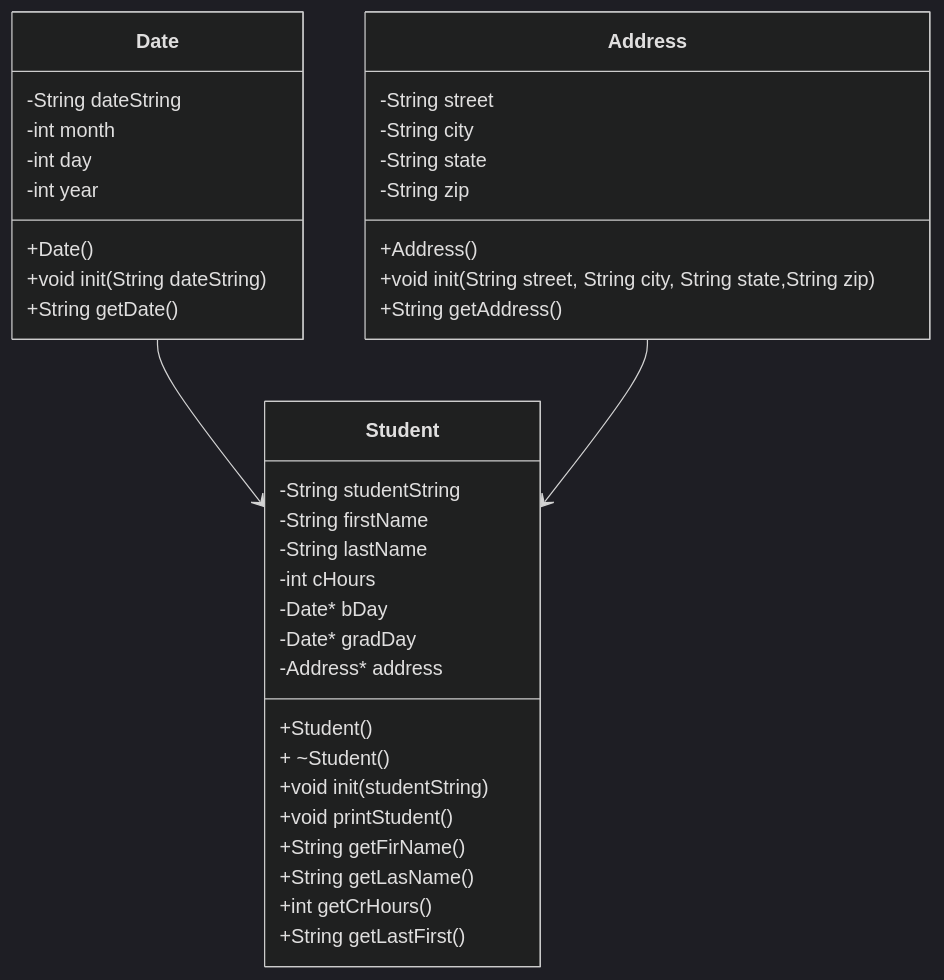
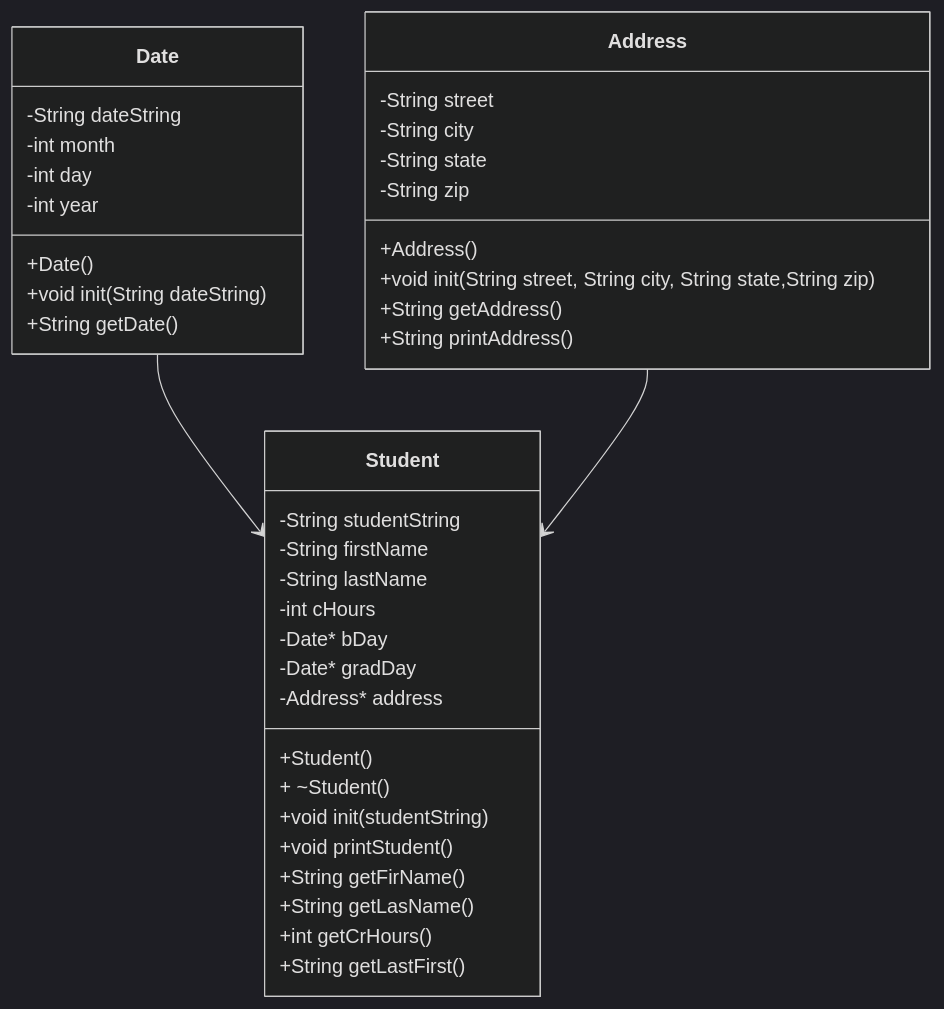
Before and after one commit to adithyaganesan-hue/CS121P7: the diagram in README.md, drawn with Mermaid (dark theme). The commit also changed 7 other files, not shown here.

````diff
--- a/README.md
+++ b/README.md
@@ -3,40 +3,41 @@
 ```mermaid
 classDiagram
     class Date{
         -String dateString
         -int month
         -int day
         -int year
         +Date()
         +void init(String dateString)
         +String getDate()
     }
     class Address{
         -String street
         -String city
         -String state
         -String zip
         +Address()
         +void init(String street, String city, String state,String zip)
         +String getAddress()
+        +String printAddress()
     }
     class Student{
         -String studentString
         -String firstName
         -String lastName
         -int cHours
         -Date* bDay
         -Date* gradDay
         -Address* address
         +Student()
         + ~Student()
         +void init(studentString)
         +void printStudent()
         +String getFirName()
         +String getLasName()
         +int getCrHours()
         +String getLastFirst()
     }
     Date --> Student
     Address --> Student
 ```
````
